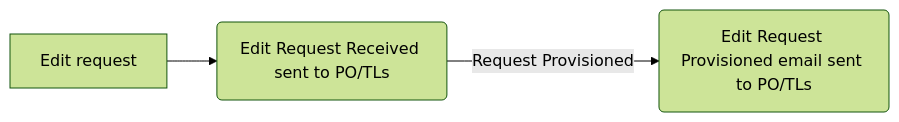
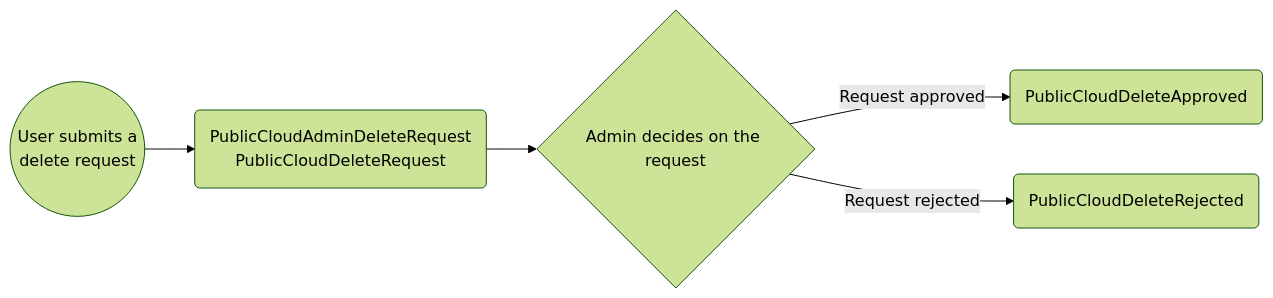
One commit to bcgov/platform-services-registry changed the third of 3 diagrams in docs/email-scenarios-public-cloud.md. Above: the diagram before and after it, drawn with Mermaid (forest theme). The commit also changed other lines of this file and 1 other file, not shown here.

Commit message:
chore: reformat email scenarios

````diff
--- a/docs/email-scenarios-public-cloud.md
+++ b/docs/email-scenarios-public-cloud.md
@@ -76,5 +87,7 @@
 ```mermaid
 flowchart LR
-    A[Edit request] --> B(Edit Request Received sent to PO/TLs)
-    B -->|Request Provisioned| C(Edit Request Provisioned email sent to PO/TLs)
+    A((User submits a <br> delete request)) --> B(PublicCloudAdminDeleteRequest<br>PublicCloudDeleteRequest)
+    B --> C{Admin decides on the request}
+    C -->|Request approved| D(PublicCloudDeleteApproved)
+    C -->|Request rejected| E(PublicCloudDeleteRejected)
 ```
````
